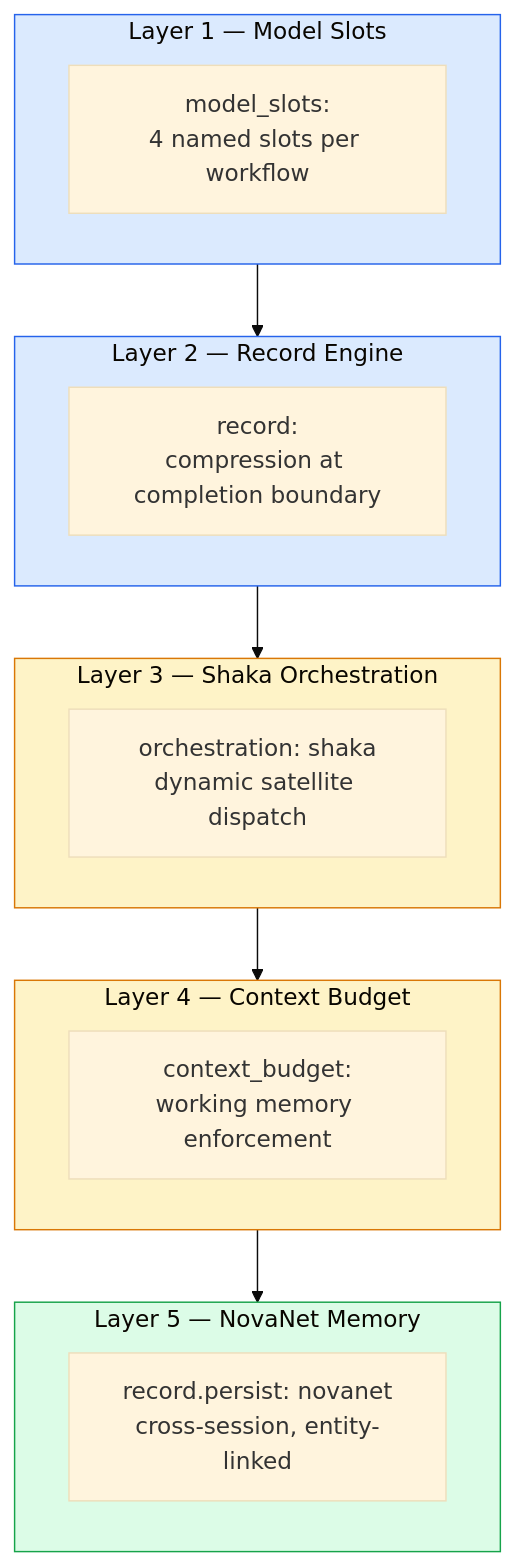
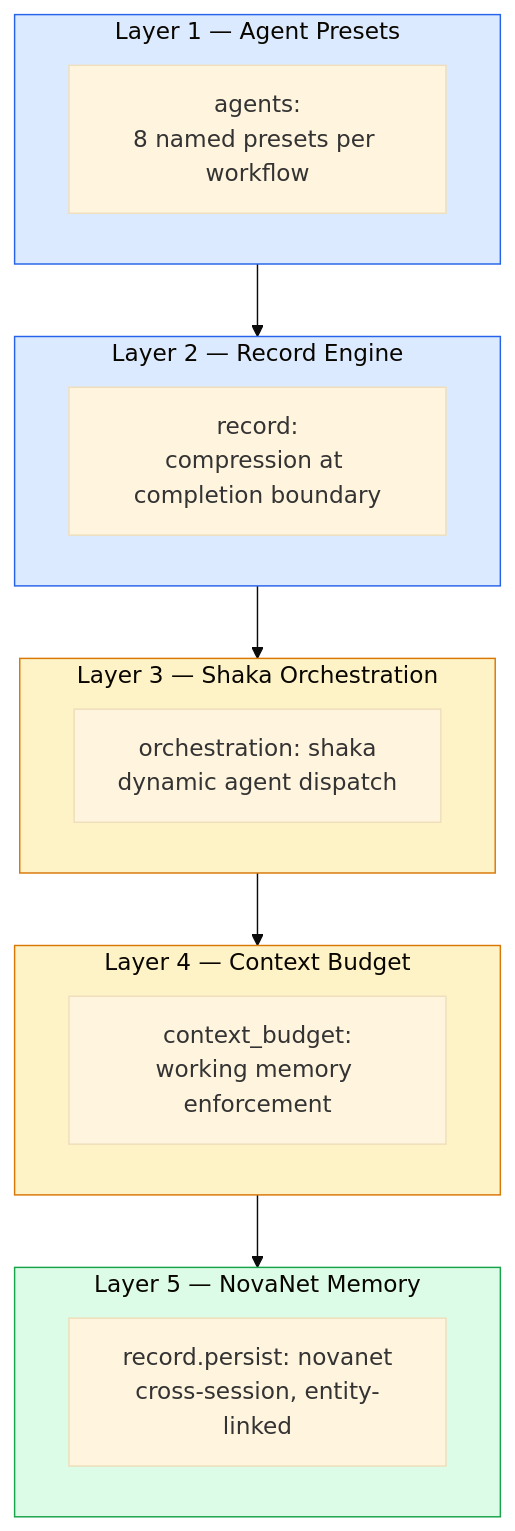
One commit to supernovae-st/nika changed the fourth of 8 diagrams in docs/vision/07-slate-deep-integration.md. Above: the diagram before and after it, drawn with Mermaid (base theme). The commit also changed other lines of this file and 8 other files, not shown here.

````diff
--- a/docs/vision/07-slate-deep-integration.md
+++ b/docs/vision/07-slate-deep-integration.md
@@ -165,33 +165,33 @@
 ```mermaid
 flowchart TB
-    subgraph L1["Layer 1 — Model Slots"]
-        MS["model_slots:\n4 named slots per workflow"]
+    subgraph L1["Layer 1 — Agent Presets"]
+        MS["agents:\n8 named presets per workflow"]
     end
 
     subgraph L2["Layer 2 — Record Engine"]
         EE["record:\ncompression at completion boundary"]
     end
 
     subgraph L3["Layer 3 — Shaka Orchestration"]
-        SO["orchestration: shaka\ndynamic satellite dispatch"]
+        SO["orchestration: shaka\ndynamic agent dispatch"]
     end
 
     subgraph L4["Layer 4 — Context Budget"]
         CB["context_budget:\nworking memory enforcement"]
     end
 
     subgraph L5["Layer 5 — NovaNet Memory"]
         NM["record.persist: novanet\ncross-session, entity-linked"]
     end
 
     L1 --> L2
     L2 --> L3
     L3 --> L4
     L4 --> L5
 
     style L1 fill:#dbeafe,stroke:#2563eb
     style L2 fill:#dbeafe,stroke:#2563eb
     style L3 fill:#fef3c7,stroke:#d97706
     style L4 fill:#fef3c7,stroke:#d97706
     style L5 fill:#dcfce7,stroke:#16a34a
 ```
````
